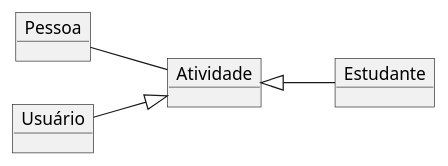
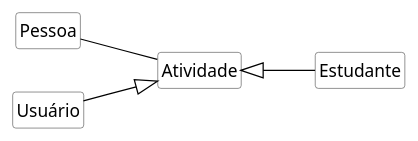
Before and after one commit to kyriosdata/oo: the diagram in imagens/modelos-07/mod07ima05/mod07ima05.plantuml, drawn with PlantUML. The commit also changed 4 other files, not shown here.

```diff
--- a/imagens/modelos-07/mod07ima05/mod07ima05.plantuml
+++ b/imagens/modelos-07/mod07ima05/mod07ima05.plantuml
@@ -1,10 +1,19 @@
 @startuml mod07ima05
-object "Pessoa" as pe
-object "Atividade" as at
-object "Estudante" as es
-object "Usuário" as us
+hide circle
+hide methods
+hide empty members
+
+skinparam class {
+    BackgroundColor White
+    ArrowColor Black
+    BorderColor #505050
+}
+class "Pessoa" as pe
+class "Atividade" as at
+class "Estudante" as es
+class "Usuário" as us
 left to right direction
 pe--at
 at<|--es
 us--|>at
 @enduml
```
